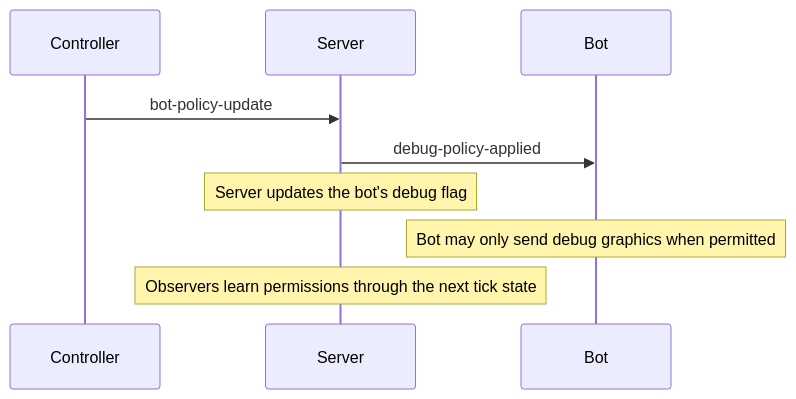
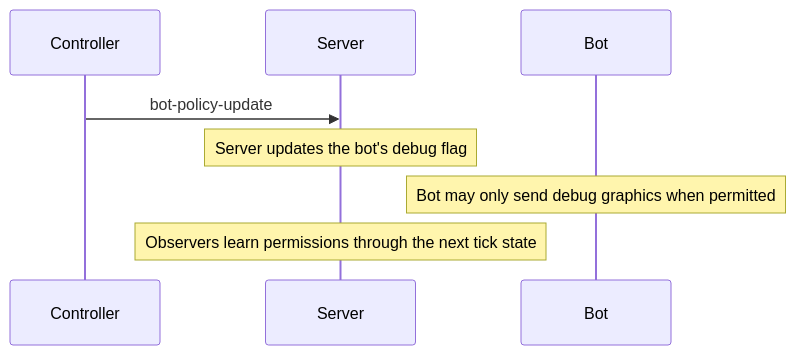
Diagram 13 of 14 in schema/schemas/README.md (robocode-dev/tank-royale), drawn with Mermaid before and after one commit. The commit also changed other lines of this file and 5 other files, not shown here.

Commit message:
feat(schema): update bot-policy-update schema and fix references

````diff
--- a/schema/schemas/README.md
+++ b/schema/schemas/README.md
@@ -358,8 +360,7 @@
 ```mermaid
 sequenceDiagram
 Controller->>Server: bot-policy-update
-Server->>Bot: debug-policy-applied
 Note over Server: Server updates the bot's debug flag
 Note over Bot: Bot may only send debug graphics when permitted
 Note over Server: Observers learn permissions through the next tick state
 ```
````
